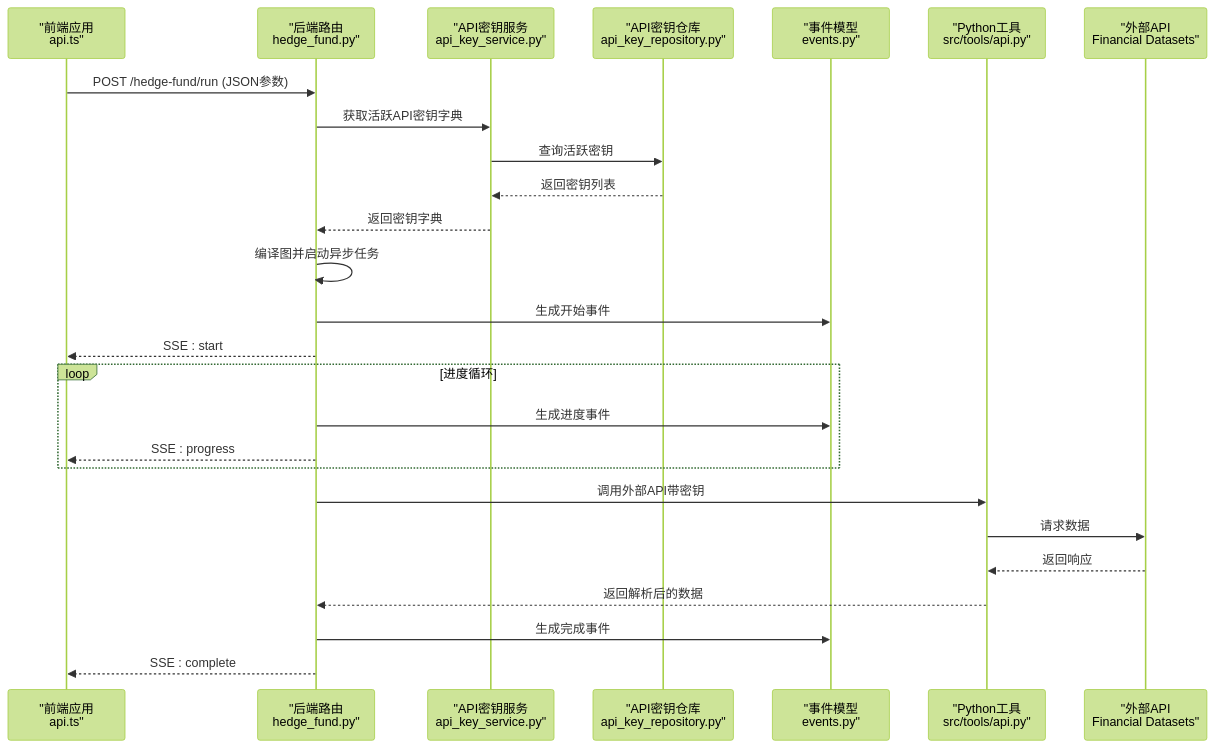
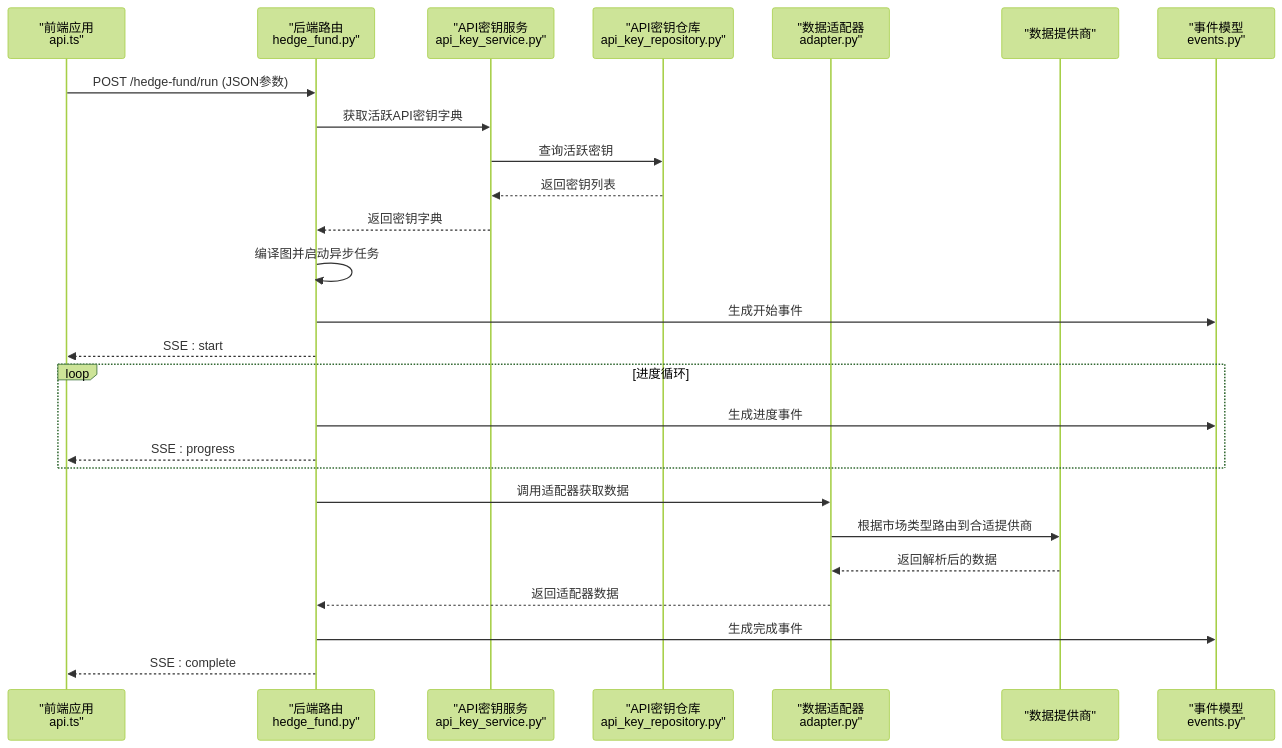
The second of 7 diagrams in .qoder/repowiki/zh/content/数据管理/API客户端集成.md (lichen14-hash/ai-hedge-fund), drawn with Mermaid (forest theme) before and after one commit. The commit also changed other lines of this file and 11 other files, not shown here.

````diff
--- a/.qoder/repowiki/zh/content/数据管理/API客户端集成.md
+++ b/.qoder/repowiki/zh/content/数据管理/API客户端集成.md
@@ -107,28 +140,28 @@
 ```mermaid
 sequenceDiagram
 participant FE as "前端应用<br/>api.ts"
 participant BE as "后端路由<br/>hedge_fund.py"
 participant SVC as "API密钥服务<br/>api_key_service.py"
 participant REPO as "API密钥仓库<br/>api_key_repository.py"
+participant ADAPTER as "数据适配器<br/>adapter.py"
+participant PROVIDER as "数据提供商"
 participant EVT as "事件模型<br/>events.py"
-participant PY as "Python工具<br/>src/tools/api.py"
-participant EXT as "外部API<br/>Financial Datasets"
 FE->>BE : POST /hedge-fund/run (JSON参数)
 BE->>SVC : 获取活跃API密钥字典
 SVC->>REPO : 查询活跃密钥
 REPO-->>SVC : 返回密钥列表
 SVC-->>BE : 返回密钥字典
 BE->>BE : 编译图并启动异步任务
 BE->>EVT : 生成开始事件
 BE-->>FE : SSE : start
 loop 进度循环
 BE->>EVT : 生成进度事件
 BE-->>FE : SSE : progress
 end
-BE->>PY : 调用外部API带密钥
-PY->>EXT : 请求数据
-EXT-->>PY : 返回响应
-PY-->>BE : 返回解析后的数据
+BE->>ADAPTER : 调用适配器获取数据
+ADAPTER->>PROVIDER : 根据市场类型路由到合适提供商
+PROVIDER-->>ADAPTER : 返回解析后的数据
+ADAPTER-->>BE : 返回适配器数据
 BE->>EVT : 生成完成事件
 BE-->>FE : SSE : complete
 ```
````
